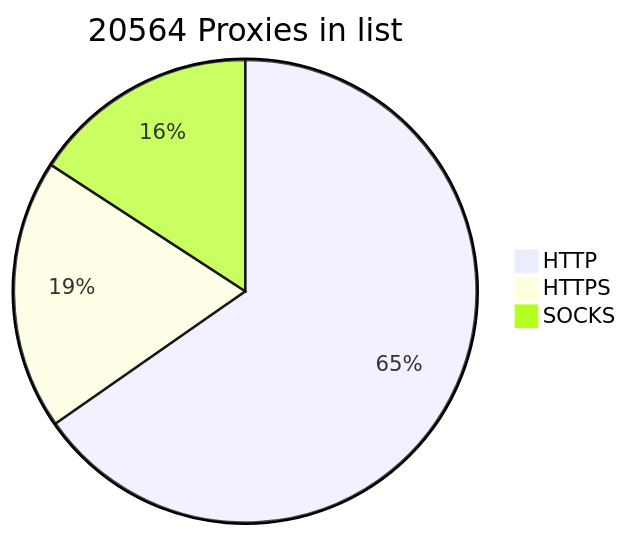
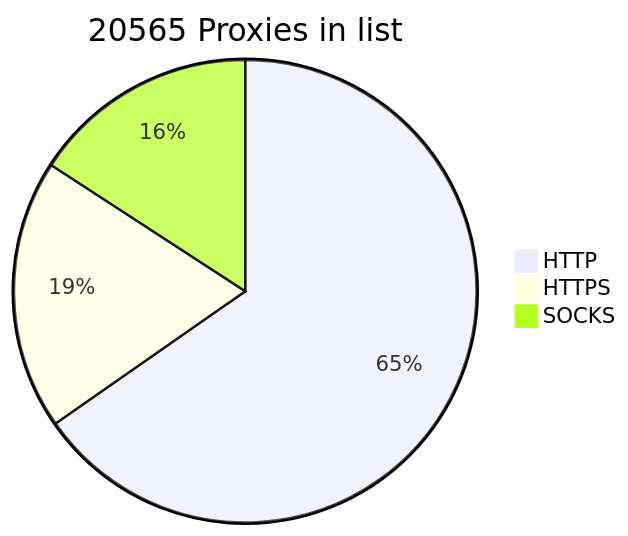
One commit to BlackSnowDot/proxylist-update-every-minute changed the diagram in README.md. Above: the diagram before and after it, drawn with Mermaid.

````diff
--- a/README.md
+++ b/README.md
@@ -2,6 +2,6 @@
 ```mermaid
-pie title 20564 Proxies in list
+pie title 20565 Proxies in list
     "HTTP" : 15133
     "HTTPS": 4372
-    "SOCKS" : 3666
+    "SOCKS" : 3667
 ```
````
